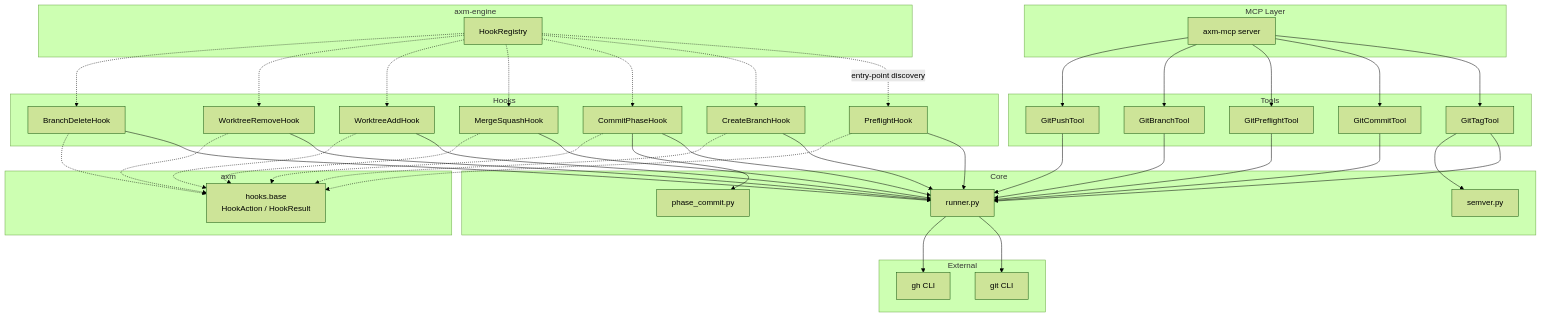
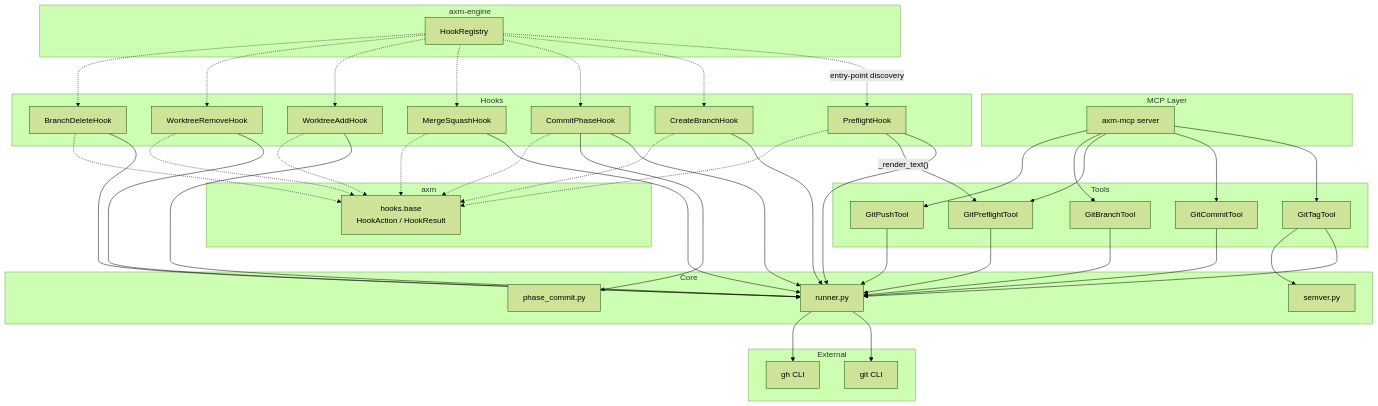
The diagram in packages/axm-git/docs/explanation/architecture.md (axm-protocols/axm-forge), drawn with Mermaid (forest theme) before and after one commit. The commit also changed other lines of this file and 2 other files, not shown here.

First line of the commit message:
fix(axm-git): pass text= in PreflightHook so close briefing gets compact render

````diff
--- a/packages/axm-git/docs/explanation/architecture.md
+++ b/packages/axm-git/docs/explanation/architecture.md
@@ -7,79 +7,80 @@
 ```mermaid
 graph TD
     subgraph "MCP Layer"
         MCP["axm-mcp server"]
     end
 
     subgraph "Tools"
         Tag["GitTagTool"]
         Commit["GitCommitTool"]
         Preflight["GitPreflightTool"]
         Branch["GitBranchTool"]
         Push["GitPushTool"]
     end
 
     subgraph "Hooks"
         PF["PreflightHook"]
         CB["CreateBranchHook"]
         BD["BranchDeleteHook"]
         CP["CommitPhaseHook"]
         MS["MergeSquashHook"]
         WA["WorktreeAddHook"]
         WR["WorktreeRemoveHook"]
     end
 
     subgraph "Core"
         Runner["runner.py"]
         Semver["semver.py"]
         PhaseCommit["phase_commit.py"]
     end
 
     subgraph "External"
         Git["git CLI"]
         GH["gh CLI"]
     end
 
     subgraph "axm"
         HookBase["hooks.base<br>HookAction / HookResult"]
     end
 
     subgraph "axm-engine"
         Registry["HookRegistry"]
     end
 
     MCP --> Tag
     MCP --> Commit
     MCP --> Preflight
     MCP --> Branch
     MCP --> Push
     Tag --> Runner
     Tag --> Semver
     Commit --> Runner
     Preflight --> Runner
     Branch --> Runner
     Push --> Runner
     PF --> Runner
+    PF -->|"_render_text()"| Preflight
     CB --> Runner
     CP --> Runner
     CP --> PhaseCommit
     MS --> Runner
     WA --> Runner
     WR --> Runner
     BD --> Runner
     Runner --> Git
     Runner --> GH
     PF -.-> HookBase
     CB -.-> HookBase
     CP -.-> HookBase
     MS -.-> HookBase
     WA -.-> HookBase
     WR -.-> HookBase
     BD -.-> HookBase
     Registry -.->|"entry-point discovery"| PF
     Registry -.-> CB
     Registry -.-> CP
     Registry -.-> MS
     Registry -.-> WA
     Registry -.-> WR
     Registry -.-> BD
 ```
````
